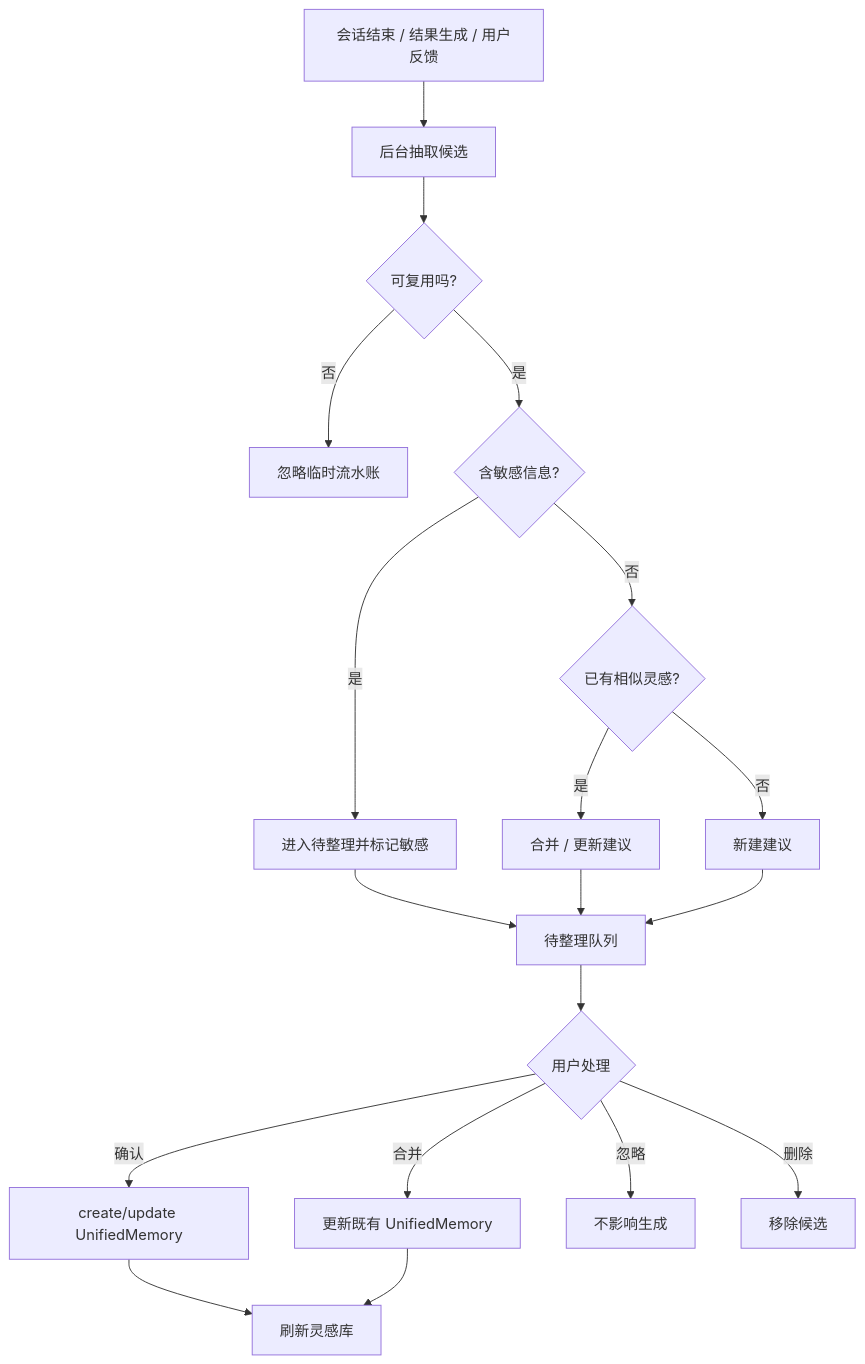
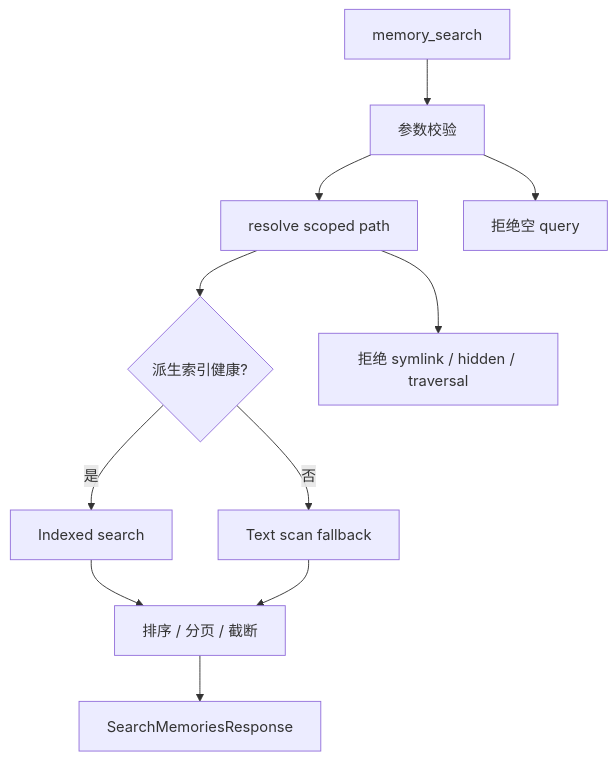
Before and after one commit to jiujuan/lime: the third of 7 diagrams in internal/roadmap/memory/diagrams.md, drawn with Mermaid. The commit also changed other lines of this file and 515 other files, not shown here.

````diff
--- a/internal/roadmap/memory/diagrams.md
+++ b/internal/roadmap/memory/diagrams.md
@@ -209,21 +99,14 @@
 ```mermaid
 flowchart TD
-  Start[会话结束 / 结果生成 / 用户反馈] --> Extract[后台抽取候选]
-  Extract --> Classify{可复用吗?}
-  Classify -- 否 --> Drop[忽略临时流水账]
-  Classify -- 是 --> Sensitive{含敏感信息?}
-  Sensitive -- 是 --> ReviewSensitive[进入待整理并标记敏感]
-  Sensitive -- 否 --> Dedup{已有相似灵感?}
-  Dedup -- 是 --> MergeSuggestion[合并 / 更新建议]
-  Dedup -- 否 --> NewSuggestion[新建建议]
-  ReviewSensitive --> Queue[待整理队列]
-  MergeSuggestion --> Queue
-  NewSuggestion --> Queue
-  Queue --> UserDecision{用户处理}
-  UserDecision -- 确认 --> Write[create/update UnifiedMemory]
-  UserDecision -- 合并 --> Merge[更新既有 UnifiedMemory]
-  UserDecision -- 忽略 --> Ignore[不影响生成]
-  UserDecision -- 删除 --> Delete[移除候选]
-  Write --> Projection[刷新灵感库]
-  Merge --> Projection
+  Search[memory_search] --> Validate[参数校验]
+  Validate --> Scope[resolve scoped path]
+  Scope --> HasIndex{派生索引健康?}
+  HasIndex -- 是 --> Indexed[Indexed search]
+  HasIndex -- 否 --> Text[Text scan fallback]
+  Indexed --> Normalize[排序 / 分页 / 截断]
+  Text --> Normalize
+  Normalize --> Result[SearchMemoriesResponse]
+
+  Validate --> RejectEmpty[拒绝空 query]
+  Scope --> RejectPath[拒绝 symlink / hidden / traversal]
 ```
````
